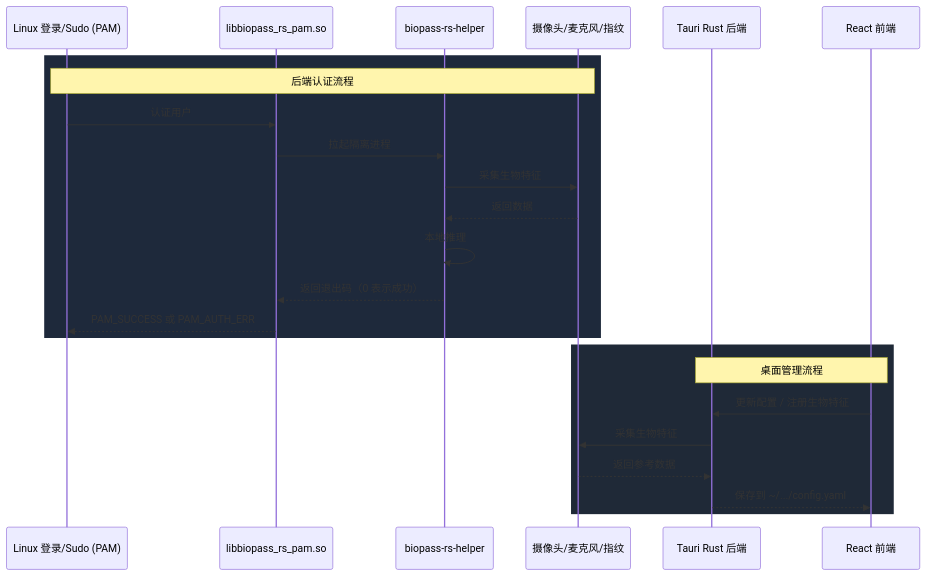
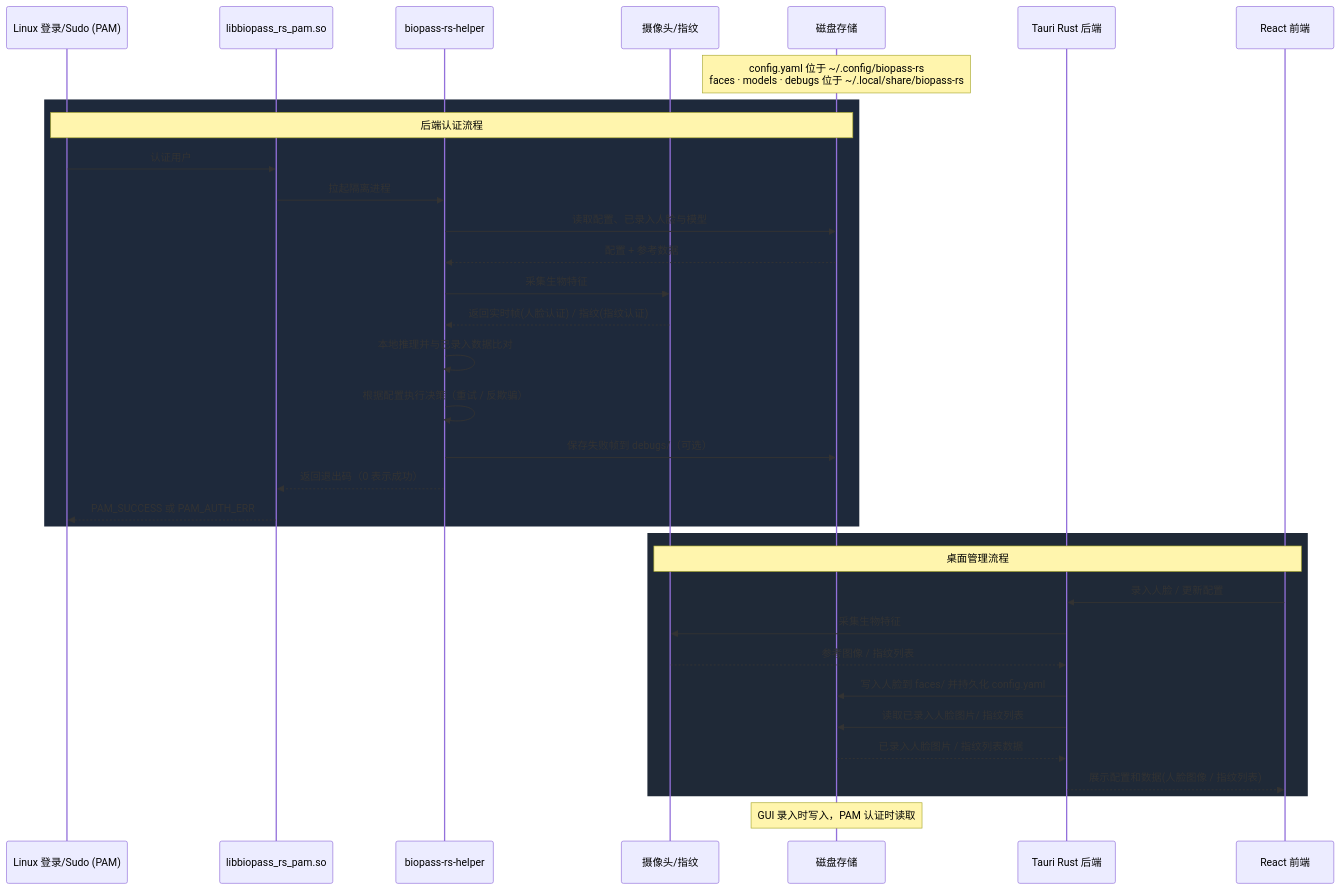
Before and after one commit to YewFence/biopass-rs: the diagram in docs/contributing.zh-CN.md, drawn with Mermaid. The commit also changed other lines of this file and 3 other files, not shown here.

First line of the commit message:
docs: 更新开发文档和流程图

````diff
--- a/docs/contributing.zh-CN.md
+++ b/docs/contributing.zh-CN.md
@@ -118,28 +112,40 @@
 ```mermaid
 sequenceDiagram
     participant OS as Linux 登录/Sudo (PAM)
     participant Lib as libbiopass_rs_pam.so
     participant Helper as biopass-rs-helper
-    participant Sensors as 摄像头/麦克风/指纹
+    participant Sensors as 摄像头/指纹
+    participant Store as 磁盘存储
     participant TauriBackend as Tauri Rust 后端
     participant ReactUI as React 前端
 
+    Note over Store: config.yaml 位于 ~/.config/biopass-rs<br/>faces · models · debugs 位于 ~/.local/share/biopass-rs
+
     rect rgb(30, 41, 59)
-    Note over OS,Sensors: 后端认证流程
+    Note over OS,Store: 后端认证流程
     OS->>Lib: 认证用户
     Lib->>Helper: 拉起隔离进程
+    Helper->>Store: 读取配置、已录入人脸与模型
+    Store-->>Helper: 配置 + 参考数据
     Helper->>Sensors: 采集生物特征
-    Sensors-->>Helper: 返回数据
-    Helper->>Helper: 本地推理
+    Sensors-->>Helper: 返回实时帧(人脸认证) / 指纹(指纹认证)
+    Helper->>Helper: 本地推理并与已录入数据比对
+    Helper->>Helper: 根据配置执行决策（重试 / 反欺骗）
+    Helper->>Store: 保存失败帧到 debugs/（可选）
     Helper-->>Lib: 返回退出码（0 表示成功）
     Lib-->>OS: PAM_SUCCESS 或 PAM_AUTH_ERR
     end
 
     rect rgb(31, 41, 55)
-    Note over TauriBackend,ReactUI: 桌面管理流程
-    ReactUI->>TauriBackend: 更新配置 / 注册生物特征
+    Note over Sensors,ReactUI: 桌面管理流程
+    ReactUI->>TauriBackend: 录入人脸 / 更新配置
     TauriBackend->>Sensors: 采集生物特征
-    Sensors-->>TauriBackend: 返回参考数据
-    TauriBackend-->>ReactUI: 保存到 ~/.../config.yaml
+    Sensors-->>TauriBackend: 参考图像 / 指纹列表
+    TauriBackend->>Store: 写入人脸到 faces/ 并持久化 config.yaml
+    TauriBackend->>Store: 读取已录入人脸图片/ 指纹列表
+    Store-->>TauriBackend: 已录入人脸图片 / 指纹列表数据
+    TauriBackend-->>ReactUI: 展示配置和数据(人脸图像 / 指纹列表)
     end
+
+    Note over Store: GUI 录入时写入，PAM 认证时读取
 ```
````
